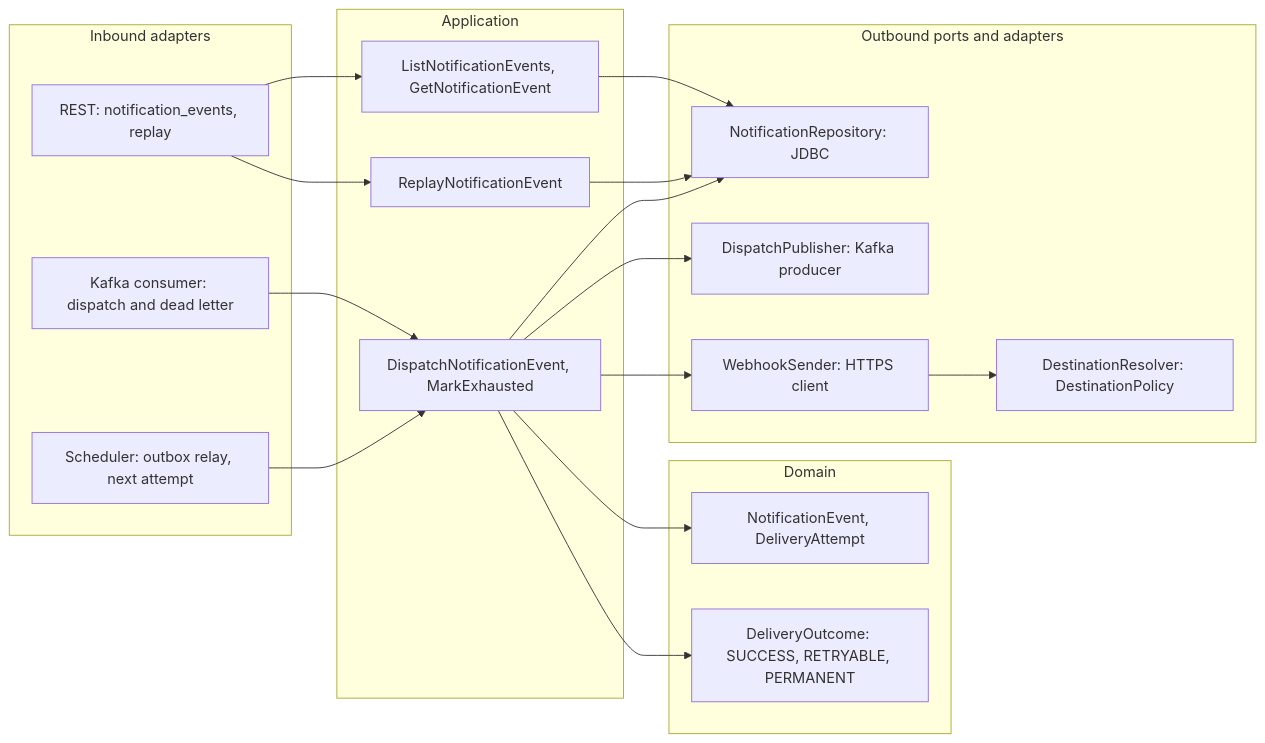
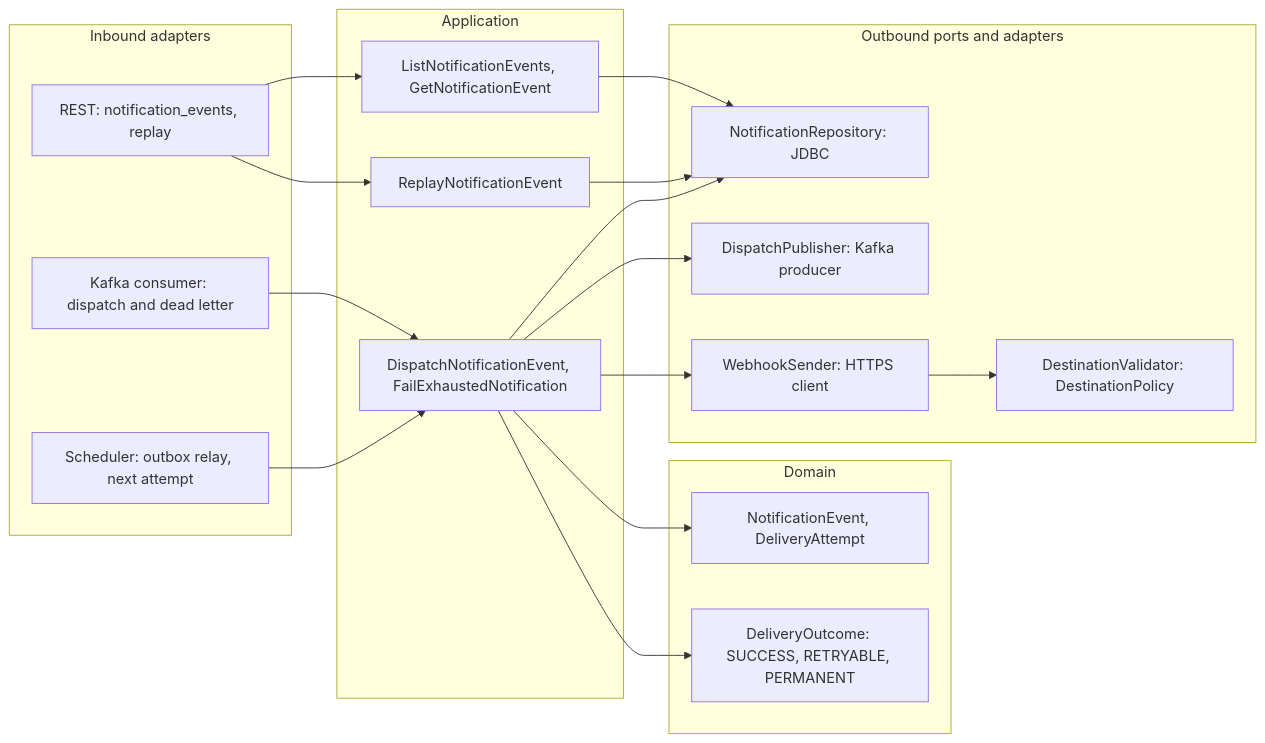
One commit to Crispelinho/cobre-webhook-notifications changed the third of 8 diagrams in docs/architecture/system-design.md. Above: the diagram before and after it, drawn with Mermaid. The commit also changed other lines of this file, not shown here.

Commit message:
docs(architecture): align system design names, columns and roles with the code

````diff
--- a/docs/architecture/system-design.md
+++ b/docs/architecture/system-design.md
@@ -79,35 +79,35 @@
 ```mermaid
 flowchart LR
     subgraph inbound["Inbound adapters"]
         rest["REST: notification_events, replay"]
         kin["Kafka consumer: dispatch and dead letter"]
         relay["Scheduler: outbox relay, next attempt"]
     end
     subgraph app["Application"]
         query["ListNotificationEvents, GetNotificationEvent"]
         replay["ReplayNotificationEvent"]
-        dispatch["DispatchNotificationEvent, MarkExhausted"]
+        dispatch["DispatchNotificationEvent, FailExhaustedNotification"]
     end
     subgraph domain["Domain"]
         nev["NotificationEvent, DeliveryAttempt"]
         outcome["DeliveryOutcome: SUCCESS, RETRYABLE, PERMANENT"]
     end
     subgraph outbound["Outbound ports and adapters"]
         repo["NotificationRepository: JDBC"]
         pub["DispatchPublisher: Kafka producer"]
         http["WebhookSender: HTTPS client"]
-        dest["DestinationResolver: DestinationPolicy"]
+        dest["DestinationValidator: DestinationPolicy"]
     end
     rest --> query
     rest --> replay
     kin --> dispatch
     relay --> dispatch
     dispatch --> nev
     dispatch --> outcome
     query --> repo
     replay --> repo
     dispatch --> repo
     dispatch --> pub
     dispatch --> http
     http --> dest
 ```
````
